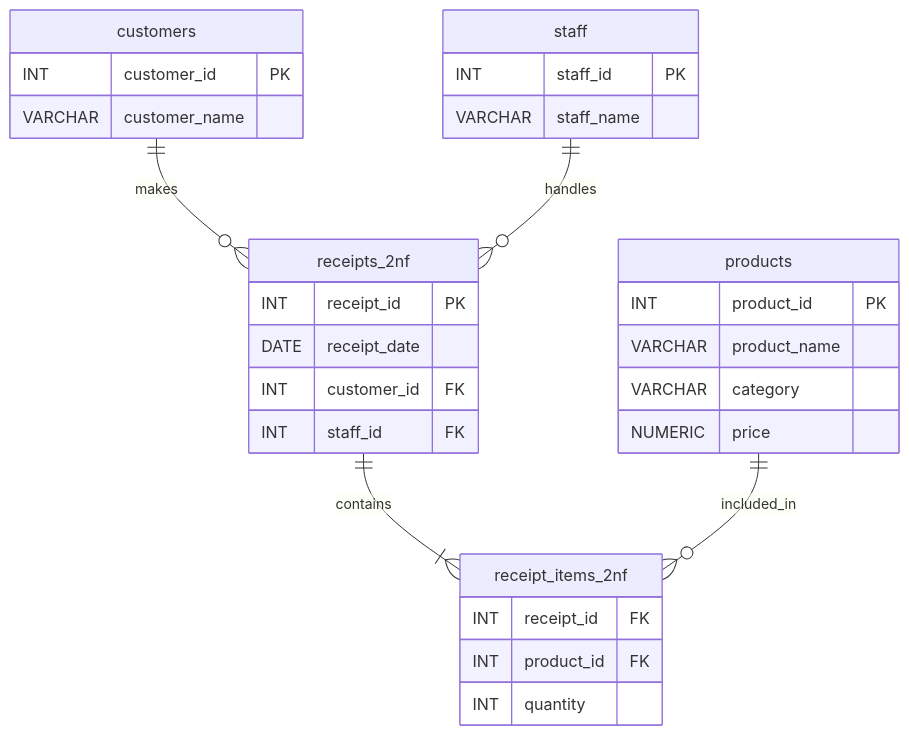
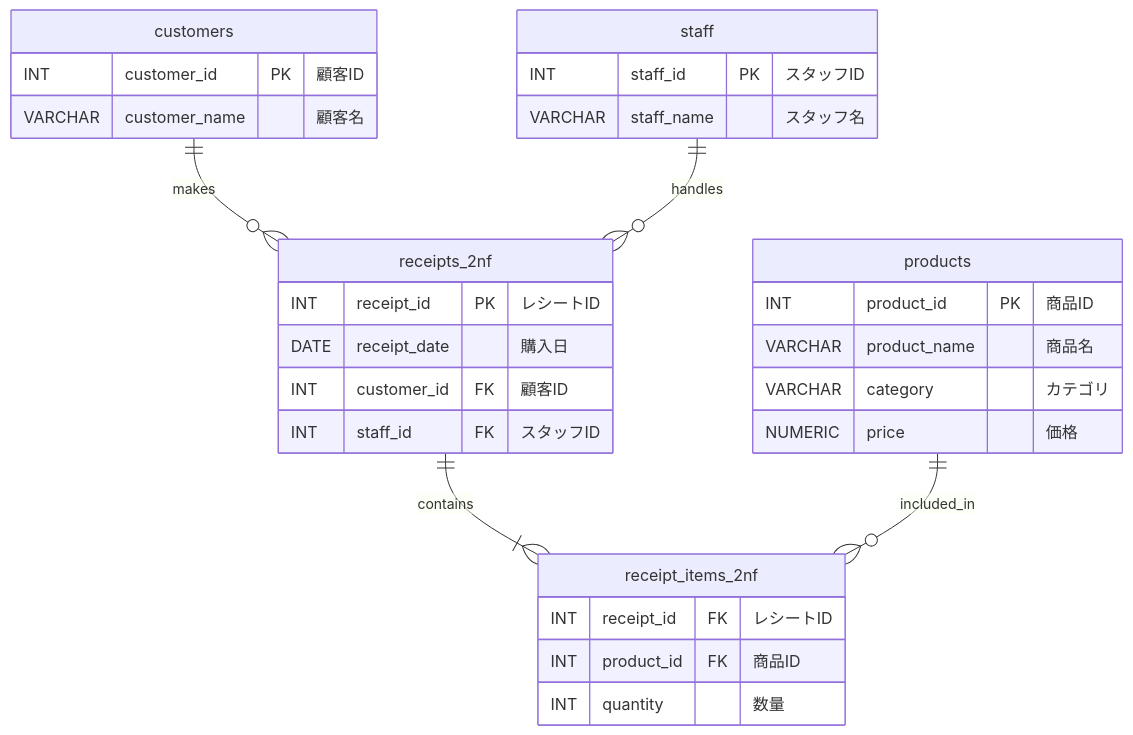
One commit to tanaka-yui/learning changed the first of 3 diagrams in 05_database/01/docs/exercise.md. Above: the diagram before and after it, drawn with Mermaid. The commit also changed other lines of this file, not shown here.

````diff
--- a/05_database/01/docs/exercise.md
+++ b/05_database/01/docs/exercise.md
@@ -189,33 +220,33 @@
 ```mermaid
 erDiagram
     customers ||--o{ receipts_2nf : "makes"
     staff ||--o{ receipts_2nf : "handles"
     receipts_2nf ||--|{ receipt_items_2nf : "contains"
     products ||--o{ receipt_items_2nf : "included_in"
 
     customers {
-        INT customer_id PK
-        VARCHAR customer_name
+        INT customer_id PK "顧客ID"
+        VARCHAR customer_name "顧客名"
     }
     products {
-        INT product_id PK
-        VARCHAR product_name
-        VARCHAR category
-        NUMERIC price
+        INT product_id PK "商品ID"
+        VARCHAR product_name "商品名"
+        VARCHAR category "カテゴリ"
+        NUMERIC price "価格"
     }
     staff {
-        INT staff_id PK
-        VARCHAR staff_name
+        INT staff_id PK "スタッフID"
+        VARCHAR staff_name "スタッフ名"
     }
     receipts_2nf {
-        INT receipt_id PK
-        DATE receipt_date
-        INT customer_id FK
-        INT staff_id FK
+        INT receipt_id PK "レシートID"
+        DATE receipt_date "購入日"
+        INT customer_id FK "顧客ID"
+        INT staff_id FK "スタッフID"
     }
     receipt_items_2nf {
-        INT receipt_id FK
-        INT product_id FK
-        INT quantity
+        INT receipt_id FK "レシートID"
+        INT product_id FK "商品ID"
+        INT quantity "数量"
     }
 ```
````
